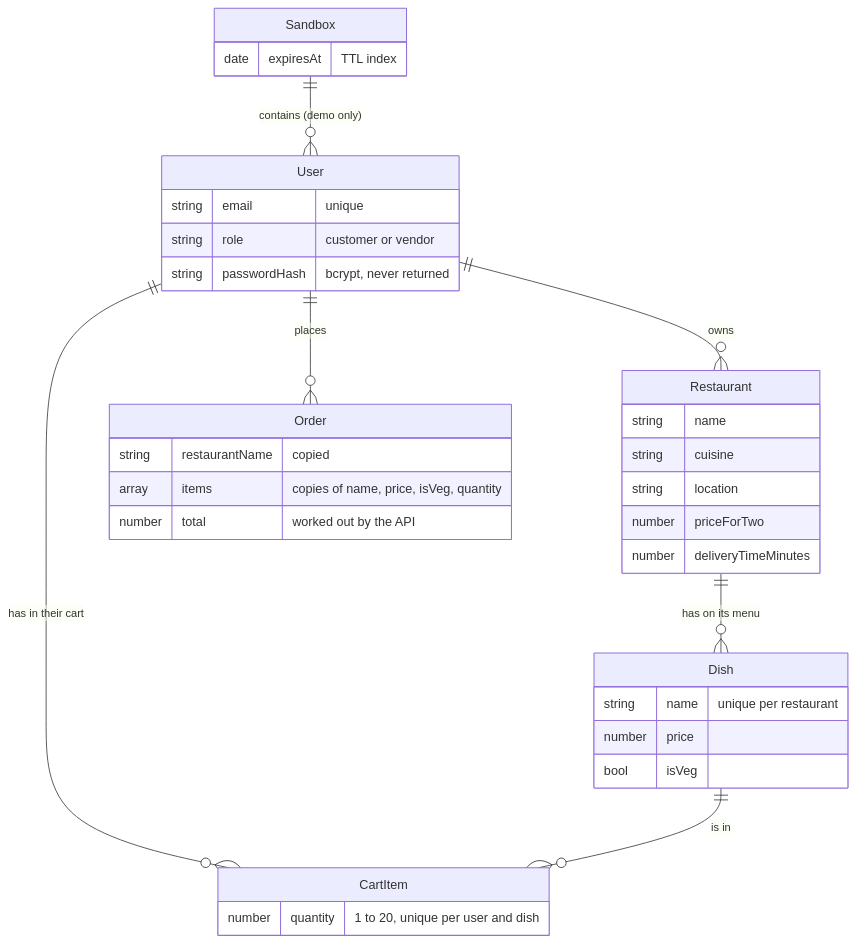
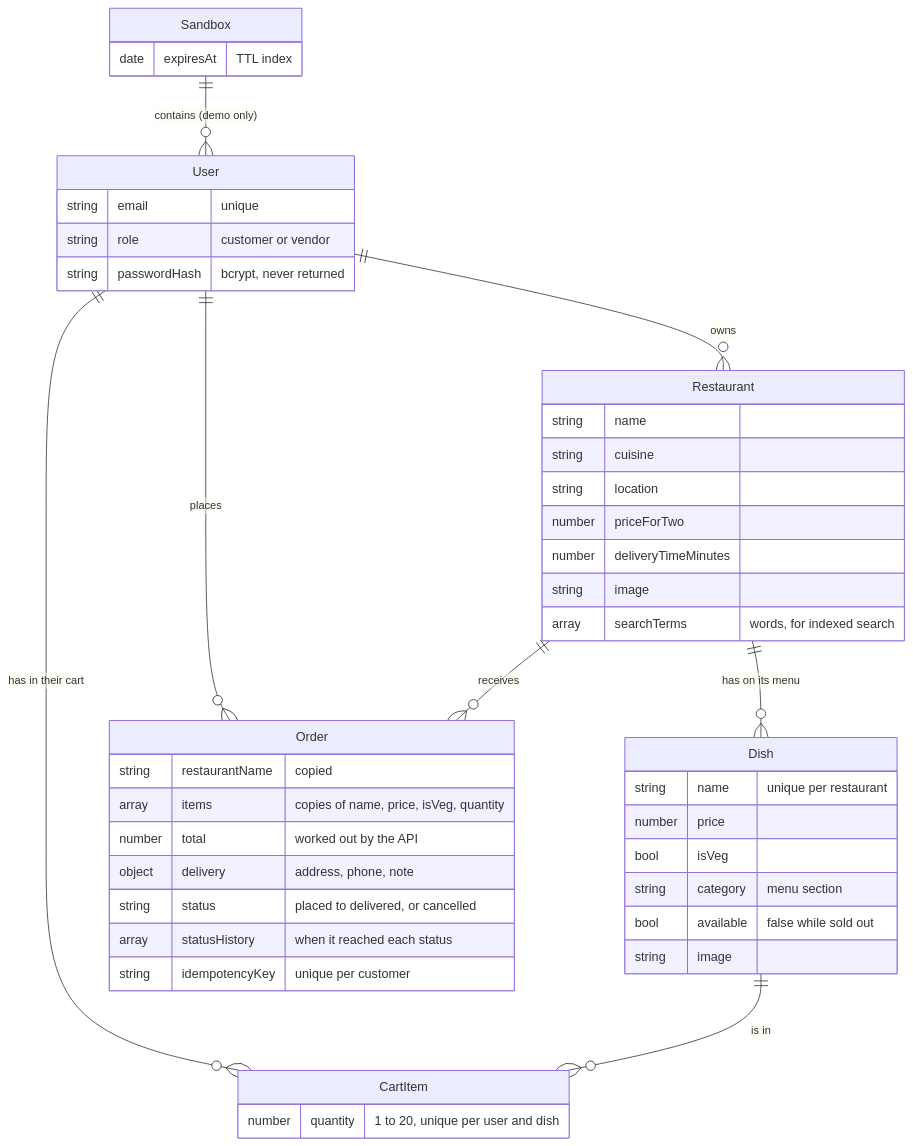
Before and after one commit to iamrs77/foodiez: the second of 5 diagrams in docs/architecture.md, drawn with Mermaid. The commit also changed other lines of this file and 18 other files, not shown here.

First line of the commit message:
Document the order flow, search, logging and tests, with new screenshots

````diff
--- a/docs/architecture.md
+++ b/docs/architecture.md
@@ -51,38 +58,48 @@
 ```mermaid
 erDiagram
   User ||--o{ Restaurant : owns
   Restaurant ||--o{ Dish : "has on its menu"
   User ||--o{ CartItem : "has in their cart"
   Dish ||--o{ CartItem : "is in"
   User ||--o{ Order : places
+  Restaurant ||--o{ Order : receives
   Sandbox ||--o{ User : "contains (demo only)"
 
   User {
     string email "unique"
     string role "customer or vendor"
     string passwordHash "bcrypt, never returned"
   }
   Restaurant {
     string name
     string cuisine
     string location
     number priceForTwo
     number deliveryTimeMinutes
+    string image
+    array searchTerms "words, for indexed search"
   }
   Dish {
     string name "unique per restaurant"
     number price
     bool isVeg
+    string category "menu section"
+    bool available "false while sold out"
+    string image
   }
   CartItem {
     number quantity "1 to 20, unique per user and dish"
   }
   Order {
     string restaurantName "copied"
     array items "copies of name, price, isVeg, quantity"
     number total "worked out by the API"
+    object delivery "address, phone, note"
+    string status "placed to delivered, or cancelled"
+    array statusHistory "when it reached each status"
+    string idempotencyKey "unique per customer"
   }
   Sandbox {
     date expiresAt "TTL index"
   }
 ```
````
